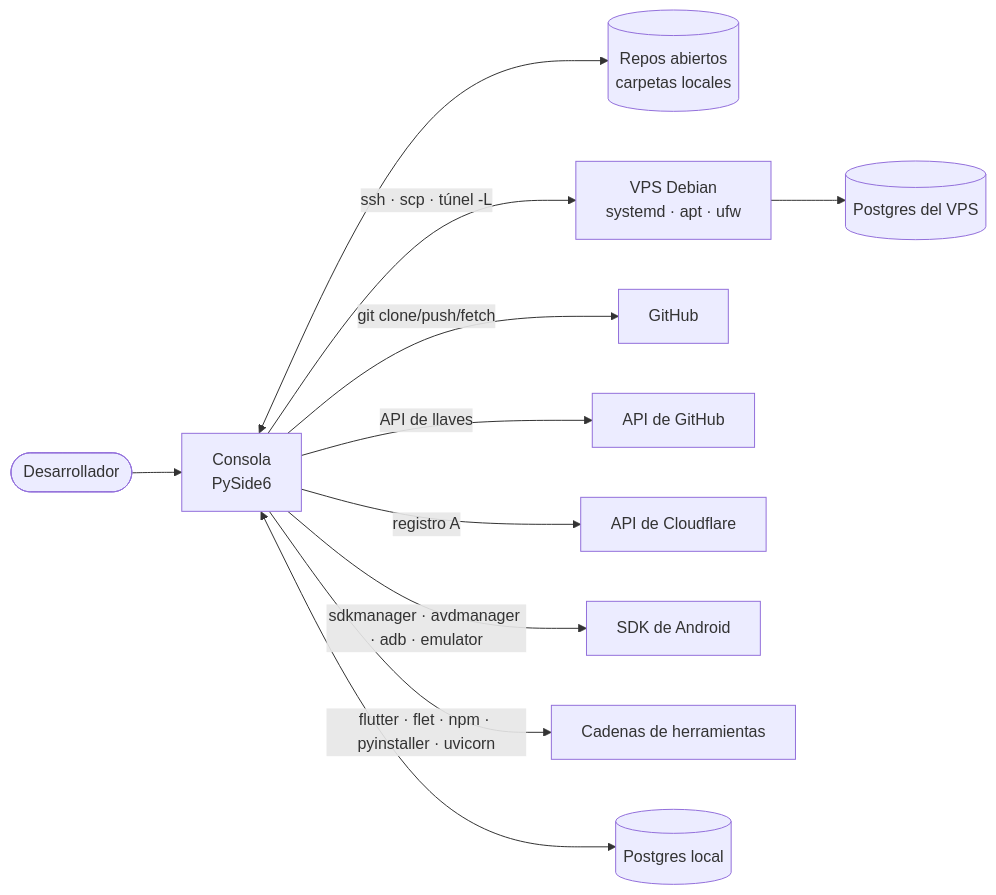
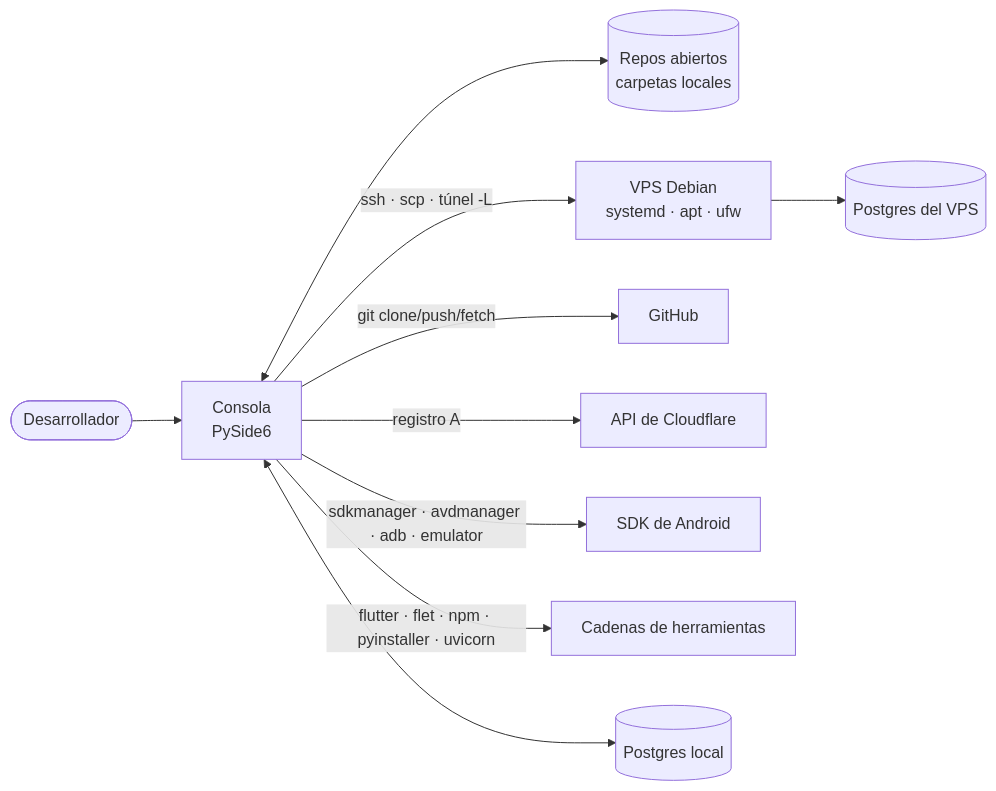
Before and after one commit to equipaggioe/consola: the diagram in docs/arquitectura/01_contexto.md, drawn with Mermaid. The commit also changed other lines of this file and 42 other files, not shown here.

````diff
--- a/docs/arquitectura/01_contexto.md
+++ b/docs/arquitectura/01_contexto.md
@@ -39,13 +39,12 @@
 ```mermaid
 flowchart LR
     U([Desarrollador]) --> C[Consola<br/>PySide6]
     C <--> REPO[(Repos abiertos<br/>carpetas locales)]
     C -- "ssh · scp · túnel -L" --> VPS[VPS Debian<br/>systemd · apt · ufw]
     VPS --> PG[(Postgres del VPS)]
     C -- "git clone/push/fetch" --> GH[GitHub]
-    C -- "API de llaves" --> GHAPI[API de GitHub]
     C -- "registro A" --> CF[API de Cloudflare]
     C -- "sdkmanager · avdmanager · adb · emulator" --> SDK[SDK de Android]
     C -- "flutter · flet · npm · pyinstaller · uvicorn" --> TOOLS[Cadenas de herramientas]
     C <--> PGL[(Postgres local)]
 ```
````
